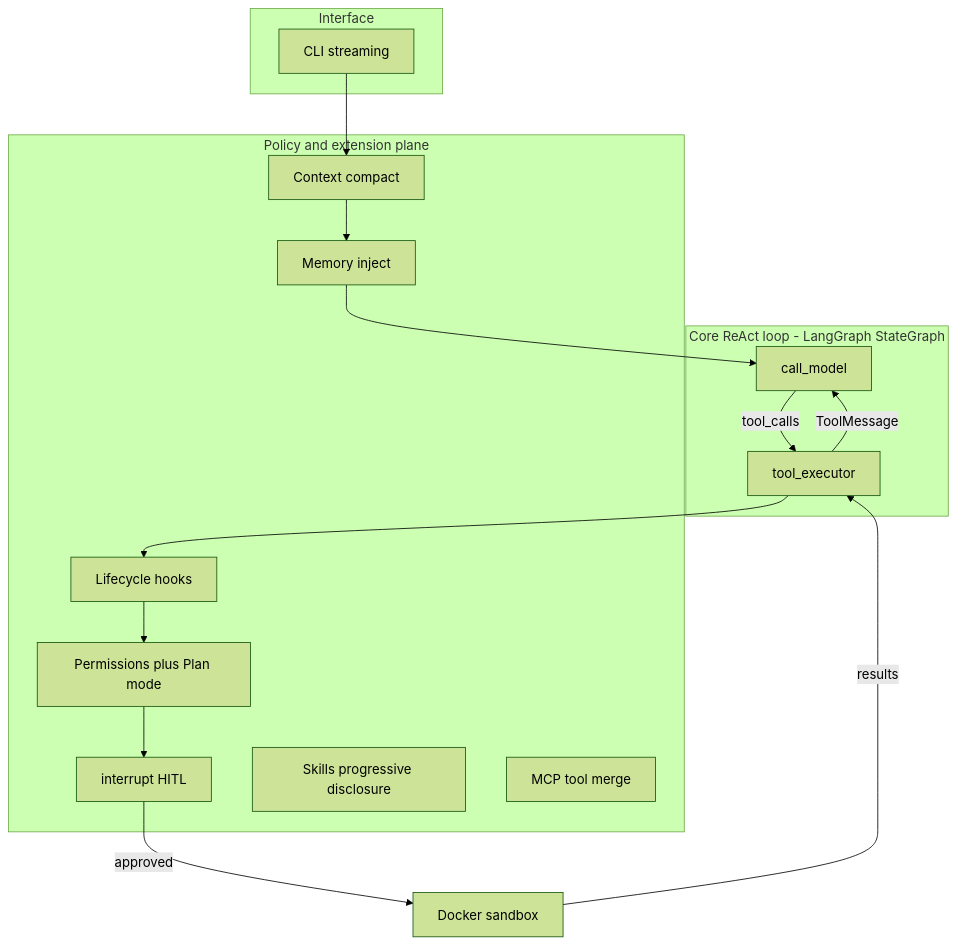
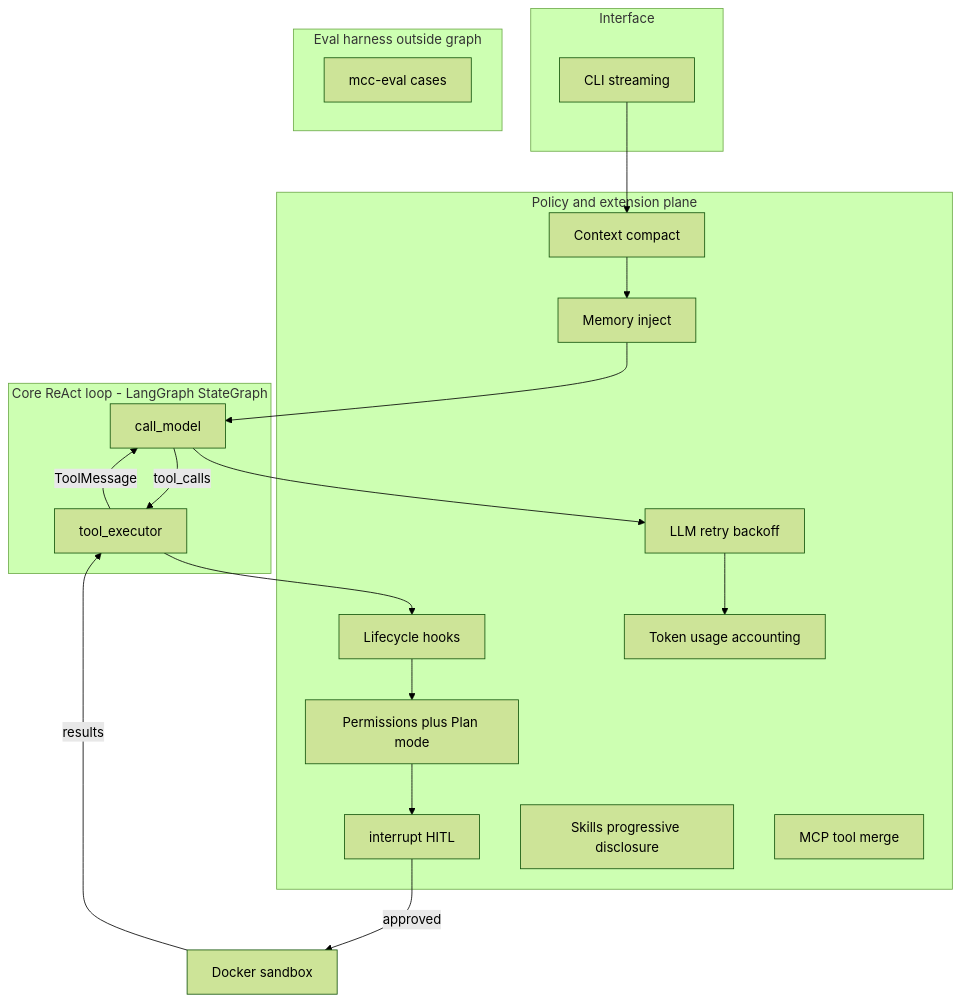
The second of 2 diagrams in docs/architecture.md (CharlotteYW/mini-claude-code), drawn with Mermaid (forest theme) before and after one commit. The commit also changed other lines of this file and 24 other files, not shown here.

First line of the commit message:
Ship M17 eval harness, LLM retry/backoff, and token usage accounting.

````diff
--- a/docs/architecture.md
+++ b/docs/architecture.md
@@ -47,29 +47,36 @@
 ```mermaid
 flowchart TB
   subgraph ui [Interface]
     CLI[CLI streaming]
   end
   subgraph core [Core ReAct loop - LangGraph StateGraph]
     Model[call_model]
     Tools[tool_executor]
     Model -->|tool_calls| Tools
     Tools -->|ToolMessage| Model
   end
   subgraph plane [Policy and extension plane]
     Perm[Permissions plus Plan mode]
     HITL[interrupt HITL]
     Hooks[Lifecycle hooks]
     Skills[Skills progressive disclosure]
     MCP[MCP tool merge]
     Compact[Context compact]
     Memory[Memory inject]
+    Retry[LLM retry backoff]
+    Usage[Token usage accounting]
+  end
+  subgraph eval [Eval harness outside graph]
+    EvalRunner[mcc-eval cases]
   end
   CLI --> Compact
   Compact --> Memory
   Memory --> Model
+  Model --> Retry
+  Retry --> Usage
   Tools --> Hooks
   Hooks --> Perm
   Perm --> HITL
   HITL -->|approved| Sandbox[Docker sandbox]
   Sandbox -->|results| Tools
 ```
````
